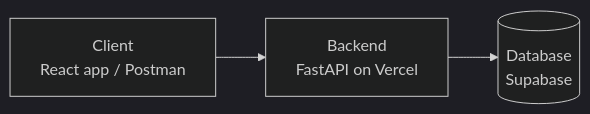
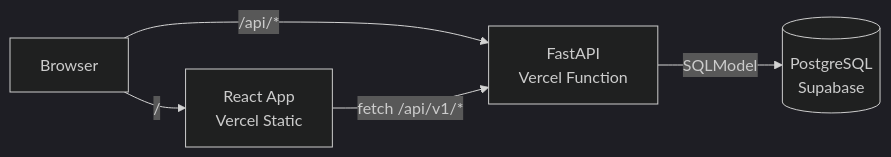
The first of 5 diagrams in docs/03-tdd.md (ismia-shin/2311993-Petuk), drawn with Mermaid (dark theme) before and after one commit. The commit also changed other lines of this file and 1 other file, not shown here.

First line of the commit message:
Updated TDD: * Added Overview * Added Tech stack * Fixed Architecture * Added Project structure * Added API design * Added Configuration * Added Deployment * Added Risks

````diff
--- a/docs/03-tdd.md
+++ b/docs/03-tdd.md
@@ -34,4 +46,7 @@
 ```mermaid
 flowchart LR
-    Client[Client<br/>React app / Postman] --> API[Backend<br/>FastAPI on Vercel] --> DB[(Database<br/>Supabase)]
+    Browser[Browser] -->|"/"| FE[React App<br/>Vercel Static]
+    Browser -->|"/api/*"| BE[FastAPI<br/>Vercel Function]
+    FE -->|fetch /api/v1/*| BE
+    BE -->|SQLModel| DB[(PostgreSQL<br/>Supabase)]
 ```
````
